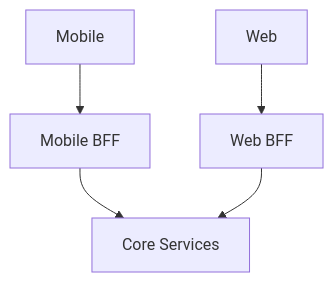
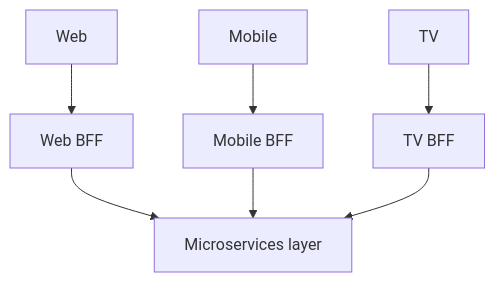
Before and after one commit to hareramcse/SystemDesign: the tenth of 28 diagrams in 08-microservices/README.md, drawn with Mermaid. The commit also changed other lines of this file, not shown here.

````diff
--- a/08-microservices/README.md
+++ b/08-microservices/README.md
@@ -590,7 +613,9 @@
 ```mermaid
 flowchart TB
-    Mobile --> MobileBFF[Mobile BFF]
-    Web --> WebBFF[Web BFF]
-    MobileBFF --> Core[Core Services]
-    WebBFF --> Core
+    W[Web] --> WB[Web BFF]
+    M[Mobile] --> MB[Mobile BFF]
+    T[TV] --> TB[TV BFF]
+    WB --> MS[Microservices layer]
+    MB --> MS
+    TB --> MS
 ```
````
